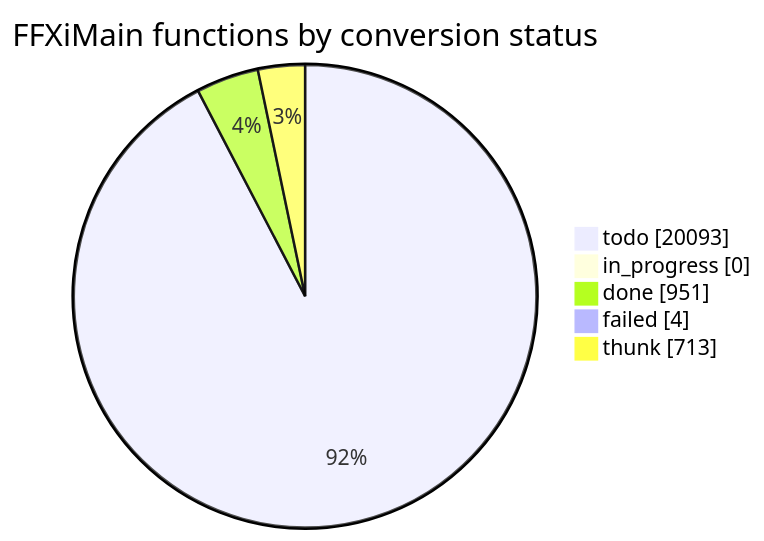
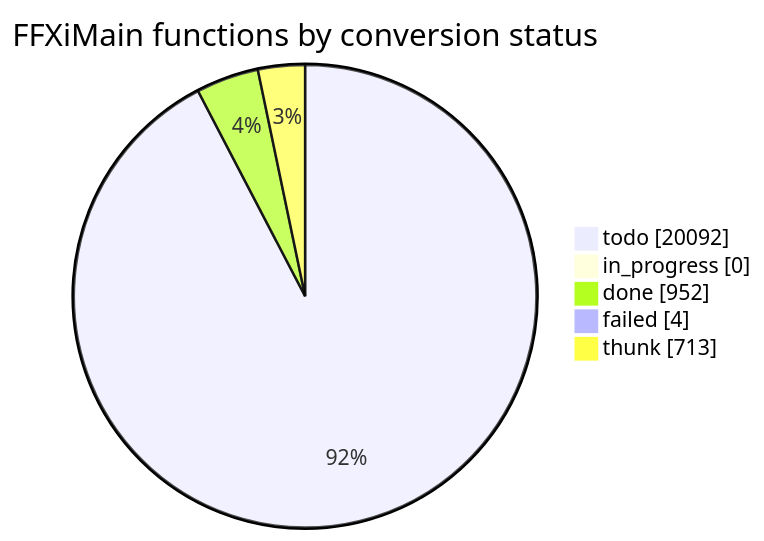
Before and after one commit to cowrevenge/cow_kuluu_xi_anything: the diagram in docs/cow/STATUS.md, drawn with Mermaid. The commit also changed other lines of this file and 4 other files, not shown here.

````diff
--- a/docs/cow/STATUS.md
+++ b/docs/cow/STATUS.md
@@ -18,9 +18,9 @@
 ```mermaid
 pie showData
     title FFXiMain functions by conversion status
-    "todo" : 20093
+    "todo" : 20092
     "in_progress" : 0
-    "done" : 951
+    "done" : 952
     "failed" : 4
     "thunk" : 713
 ```
````
